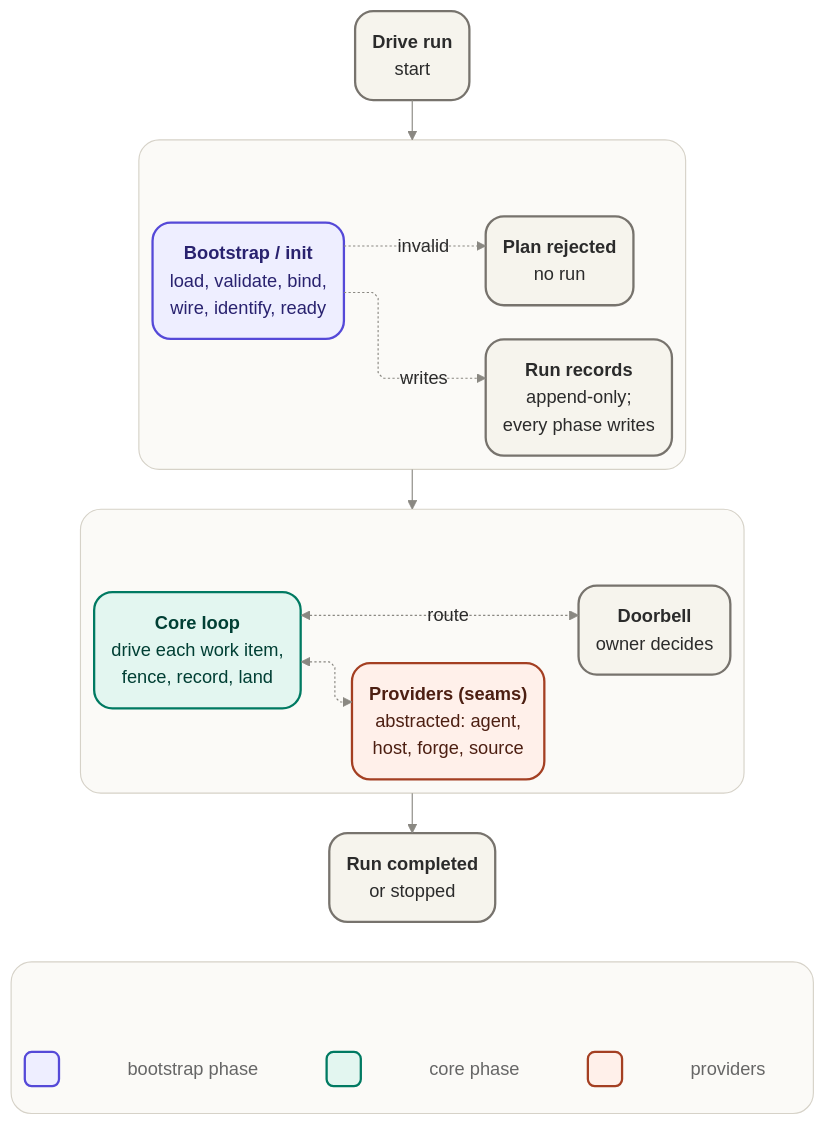
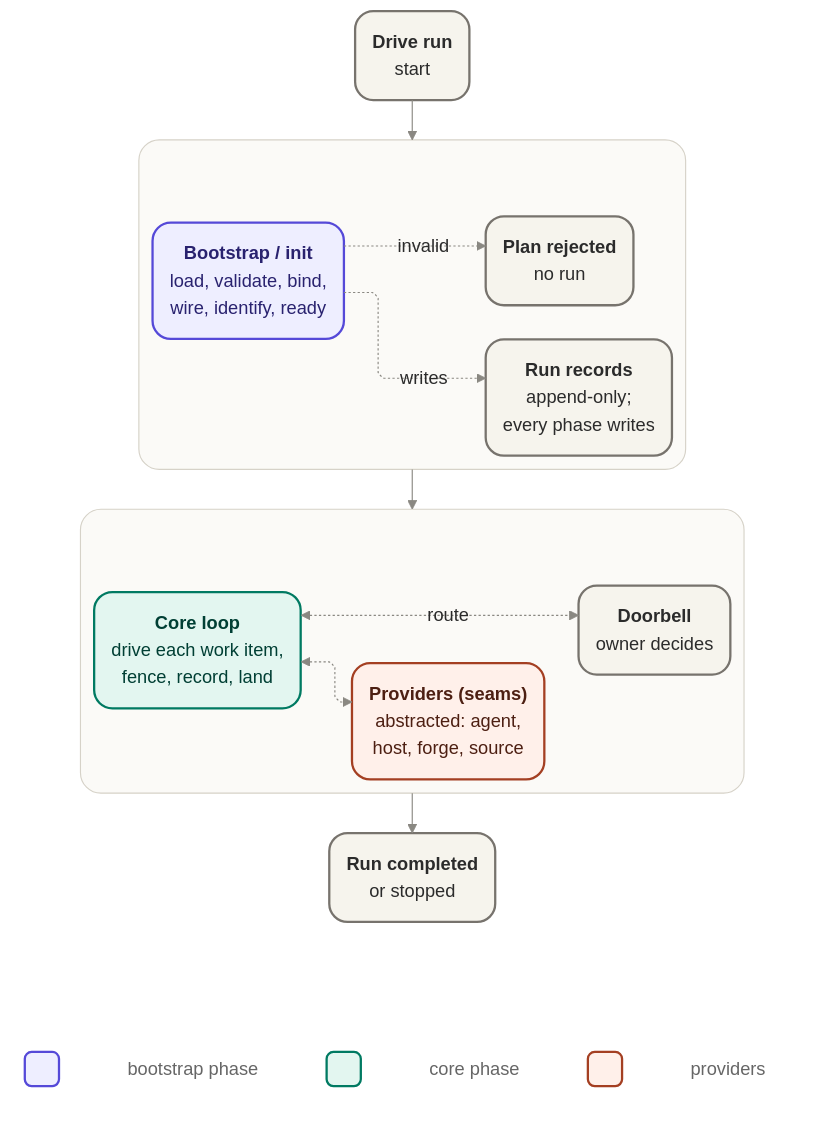
One commit to agentic-workflow-kit/jig changed the second of 2 diagrams in docs/design/core/README.md. Above: the diagram before and after it, drawn with Mermaid. The commit also changed 2 other files, not shown here.

Commit message:
docs: make all diagram legends transparent for consistency
Match every legend to the structure diagram's style: transparent fill and stroke, no box, no title. Fixes the boxed legends on the flow, fence, and orchestration diagrams.

```diff
--- a/docs/design/core/README.md
+++ b/docs/design/core/README.md
@@ -226,7 +226,7 @@
     lt3["providers"]
     l1 ~~~ lt1 ~~~ l2 ~~~ lt2 ~~~ l3 ~~~ lt3
   end
-  style legend fill:#fbfaf7,stroke:#d6d2c8,stroke-width:1px,color:transparent,rx:18,ry:18
+  style legend fill:transparent,stroke:transparent,color:transparent
 
   drive --> row2
   row2 --> row3
```
